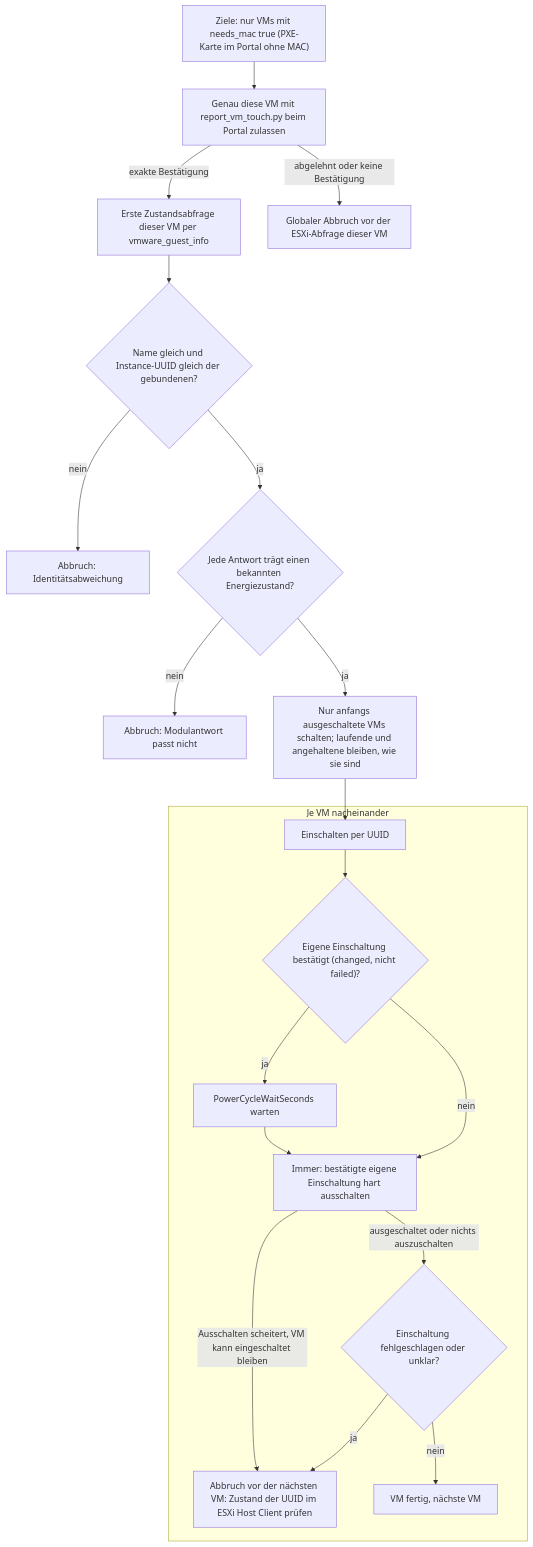
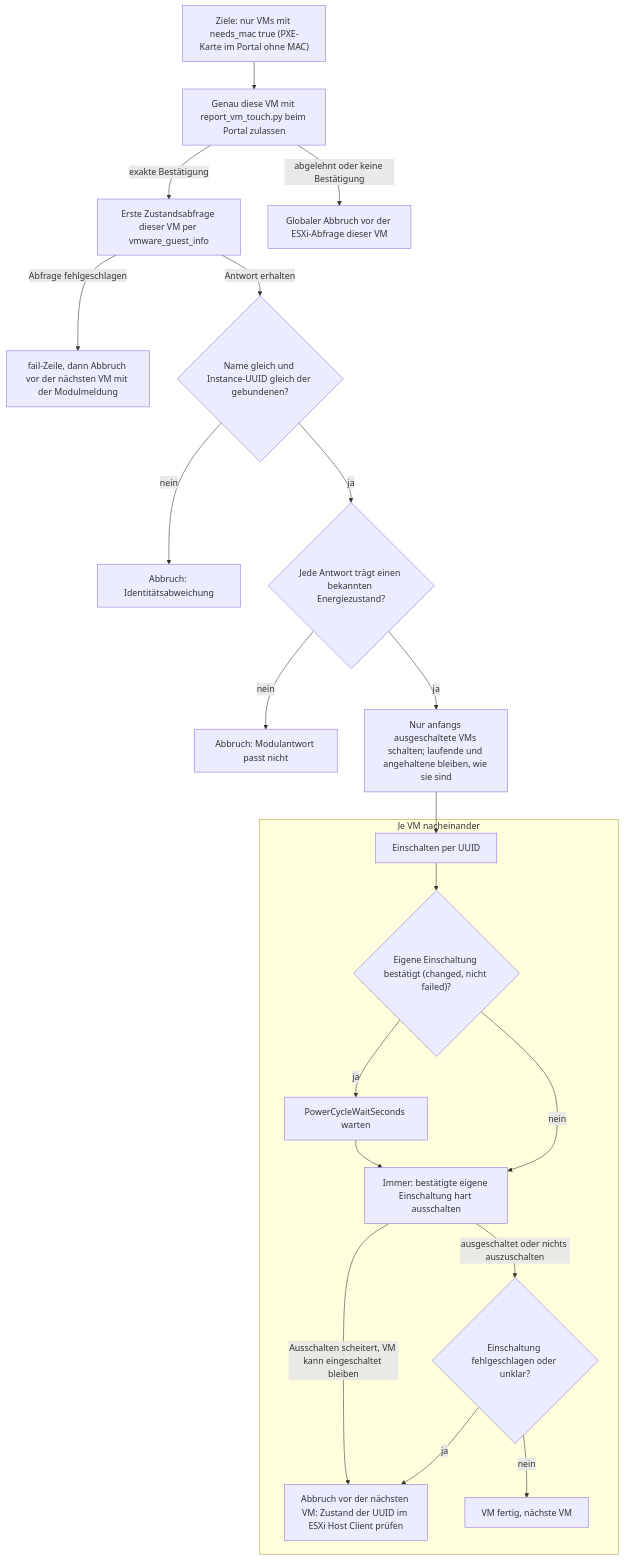
One commit to Samy94M/VirtuSphere-v2-WebApp changed the ninth of 13 diagrams in docs/operations/deploy-flows.md. Above: the diagram before and after it, drawn with Mermaid. The commit also changed other lines of this file and 63 other files, not shown here.

````diff
--- a/docs/operations/deploy-flows.md
+++ b/docs/operations/deploy-flows.md
@@ -310,22 +316,23 @@
 ```mermaid
 flowchart TD
   A["Ziele: nur VMs mit needs_mac true (PXE-Karte im Portal ohne MAC)"] --> B["Genau diese VM mit report_vm_touch.py beim Portal zulassen"]
   B -->|exakte Bestätigung| C["Erste Zustandsabfrage dieser VM per vmware_guest_info"]
   B -->|abgelehnt oder keine Bestätigung| BR["Globaler Abbruch vor der ESXi-Abfrage dieser VM"]
-  C --> D{"Name gleich und Instance-UUID gleich der gebundenen?"}
+  C -->|Abfrage fehlgeschlagen| CQ["fail-Zeile, dann Abbruch vor der nächsten VM mit der Modulmeldung"]
+  C -->|Antwort erhalten| D{"Name gleich und Instance-UUID gleich der gebundenen?"}
   D -->|nein| CX["Abbruch: Identitätsabweichung"]
   D -->|ja| E{"Jede Antwort trägt einen bekannten Energiezustand?"}
   E -->|nein| DX["Abbruch: Modulantwort passt nicht"]
   E -->|ja| F["Nur anfangs ausgeschaltete VMs schalten; laufende und angehaltene bleiben, wie sie sind"]
   subgraph JE["Je VM nacheinander"]
     G["Einschalten per UUID"] --> H{"Eigene Einschaltung bestätigt (changed, nicht failed)?"}
     H -->|ja| I["PowerCycleWaitSeconds warten"]
     I --> J["Immer: bestätigte eigene Einschaltung hart ausschalten"]
     H -->|nein| J
     J -->|Ausschalten scheitert, VM kann eingeschaltet bleiben| KX
     J -->|ausgeschaltet oder nichts auszuschalten| K{"Einschaltung fehlgeschlagen oder unklar?"}
     K -->|ja| KX["Abbruch vor der nächsten VM: Zustand der UUID im ESXi Host Client prüfen"]
     K -->|nein| KP["VM fertig, nächste VM"]
   end
   F --> G
 ```
````
